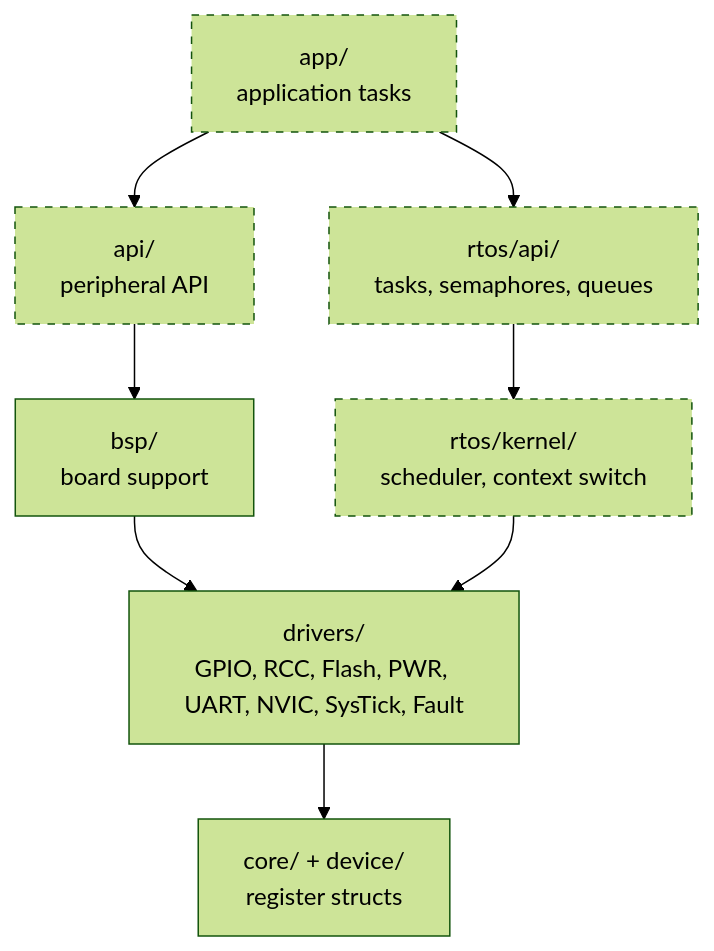
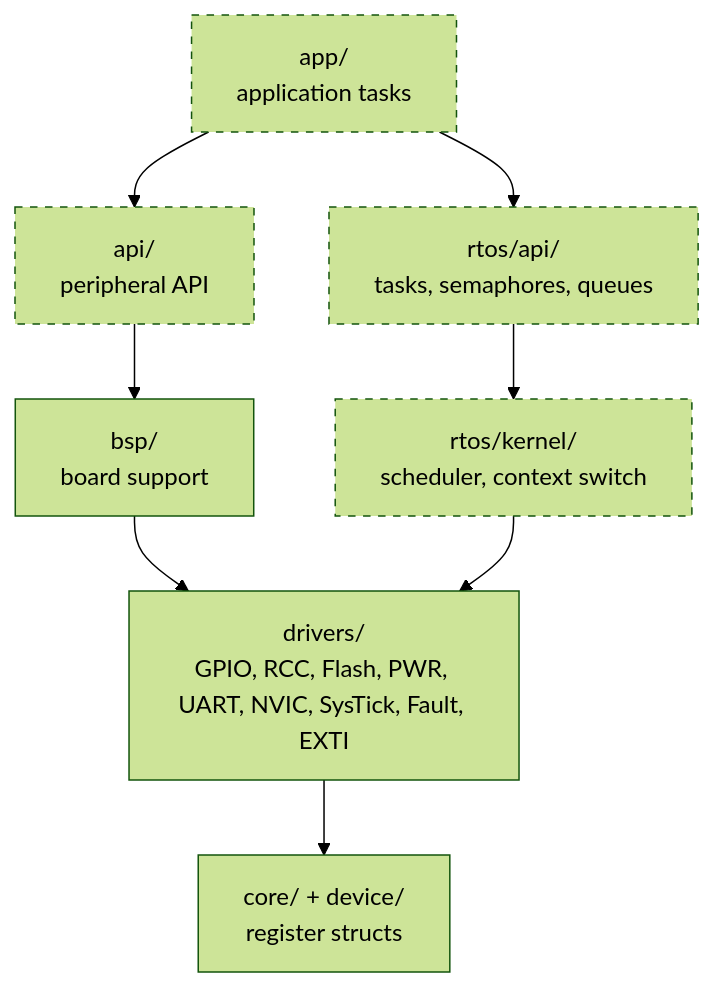
One commit to ka5j/stm32_rtos changed the first of 3 diagrams in docs/ARCHITECTURE.md. Above: the diagram before and after it, drawn with Mermaid (forest theme). The commit also changed 10 other files, not shown here.

````diff
--- a/docs/ARCHITECTURE.md
+++ b/docs/ARCHITECTURE.md
@@ -11,19 +11,19 @@
 ```mermaid
 flowchart TD
     app["app/<br/>application tasks"]
     api["api/<br/>peripheral API"]
     rapi["rtos/api/<br/>tasks, semaphores, queues"]
     bsp["bsp/<br/>board support"]
     kernel["rtos/kernel/<br/>scheduler, context switch"]
-    drivers["drivers/<br/>GPIO, RCC, Flash, PWR, UART, NVIC, SysTick, Fault"]
+    drivers["drivers/<br/>GPIO, RCC, Flash, PWR, UART, NVIC, SysTick, Fault, EXTI"]
     regs["core/ + device/<br/>register structs"]
     app --> api
     app --> rapi
     api --> bsp
     rapi --> kernel
     bsp --> drivers
     kernel --> drivers
     drivers --> regs
     classDef todo stroke-dasharray: 5 5
     class app,api,rapi,kernel todo
 ```
````
